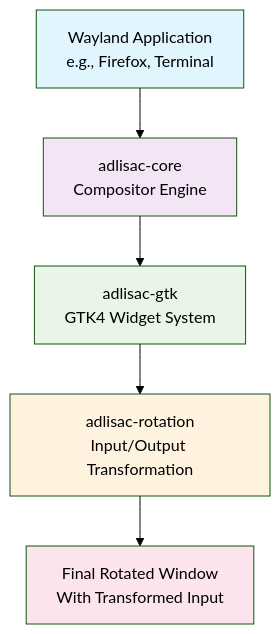
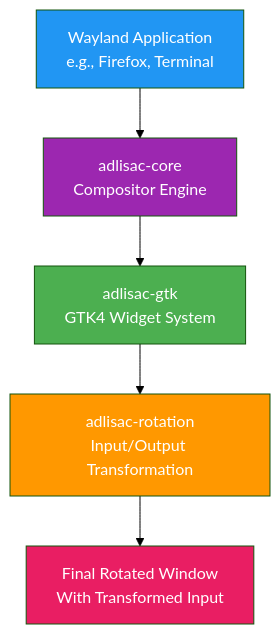
One commit to smearor/adlisac changed the diagram in README.md. Above: the diagram before and after it, drawn with Mermaid (forest theme).

````diff
--- a/README.md
+++ b/README.md
@@ -22,12 +22,12 @@
 ```mermaid
 graph TD
     A[Wayland Application<br/>e.g., Firefox, Terminal] --> B[adlisac-core<br/>Compositor Engine]
     B --> C[adlisac-gtk<br/>GTK4 Widget System]
     C --> D[adlisac-rotation<br/>Input/Output Transformation]
     D --> E[Final Rotated Window<br/>With Transformed Input]
-    style A fill: #e1f5fe
-    style B fill: #f3e5f5
-    style C fill: #e8f5e8
-    style D fill: #fff3e0
-    style E fill: #fce4ec
+    style A fill: #2196f3,color:#ffffff
+    style B fill: #9c27b0,color:#ffffff
+    style C fill: #4caf50,color:#ffffff
+    style D fill: #ff9800,color:#ffffff
+    style E fill: #e91e63,color:#ffffff
 ```
````
